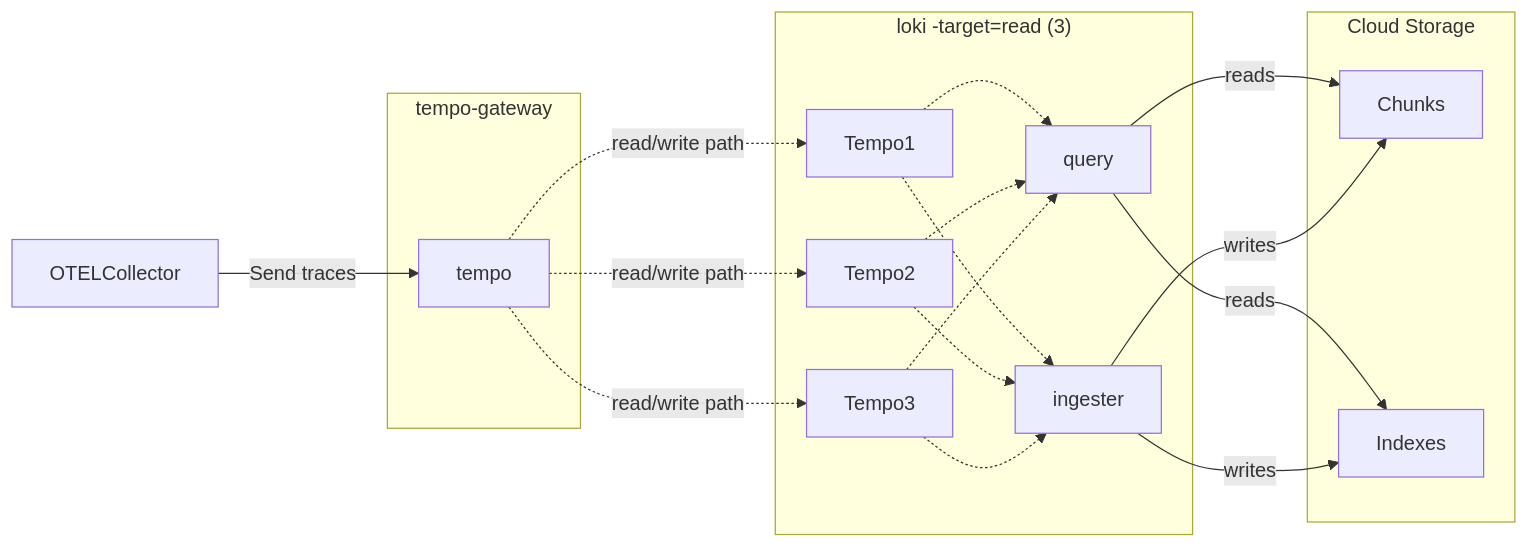
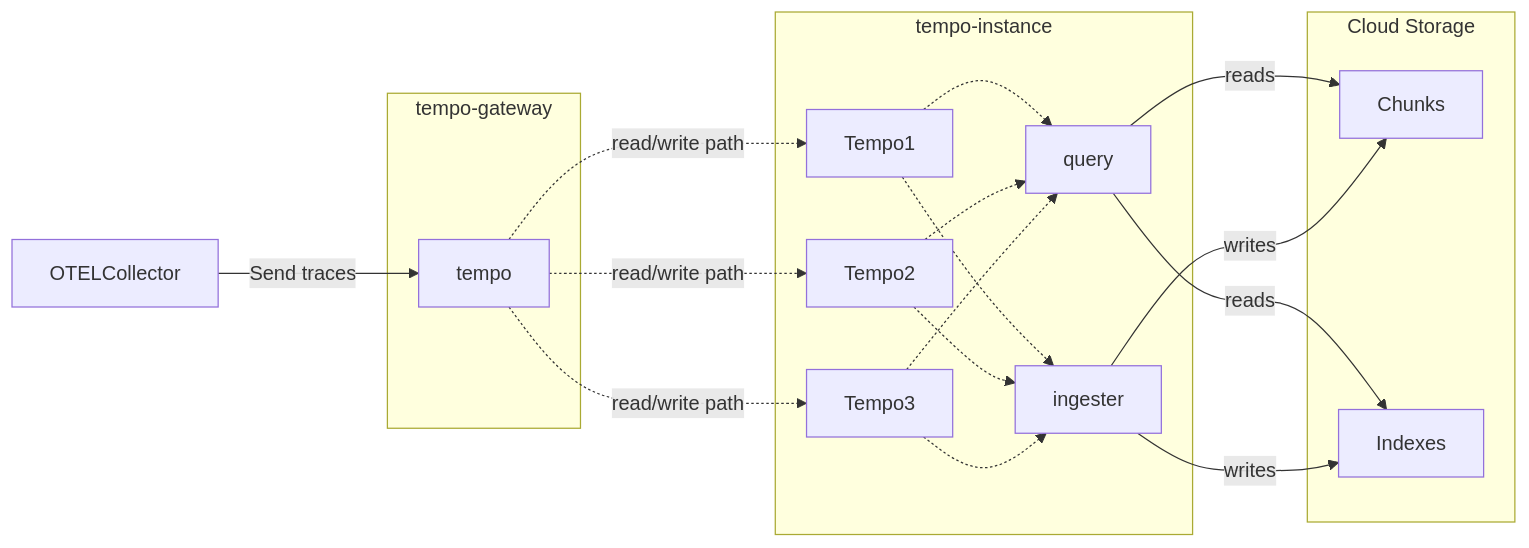
One commit to PrakharSrivastav/tempo-docker-compose changed the diagram in README.md. Above: the diagram before and after it, drawn with Mermaid. The commit also changed 4 other files, not shown here.

````diff
--- a/README.md
+++ b/README.md
@@ -12,35 +12,35 @@
 ```mermaid
 graph LR
     OTELCollector -->|Send traces| tempo
 
     subgraph Tempo["tempo-gateway"]
         tempo
     end 
     
     tempo -.-> |read/write path| Tempo1
     tempo -.-> |read/write path| Tempo2
     tempo -.-> |read/write path| Tempo3
     
-    subgraph LokiRead["loki -target=read (3)"]
+    subgraph LokiRead["tempo-instance"]
         Tempo1 -.-> Ingester["ingester"]
         Tempo1 -.-> Querier["query"]
     end
     
-    subgraph LokiRead["loki -target=read (3)"]
+    subgraph LokiRead["tempo-instance"]
         Tempo2 -.-> Ingester["ingester"]
         Tempo2 -.-> Querier["query"]
     end
     
-    subgraph LokiRead["loki -target=read (3)"]
+    subgraph LokiRead["tempo-instance"]
         Tempo3 -.-> Ingester["ingester"]
         Tempo3-.-> Querier["query"]
     end
     subgraph Minio["Cloud Storage"]
         Chunks
         Indexes
     end
 
 
     Querier --> |reads| Chunks & Indexes
     Ingester --> |writes| Chunks & Indexes
 ```
````
